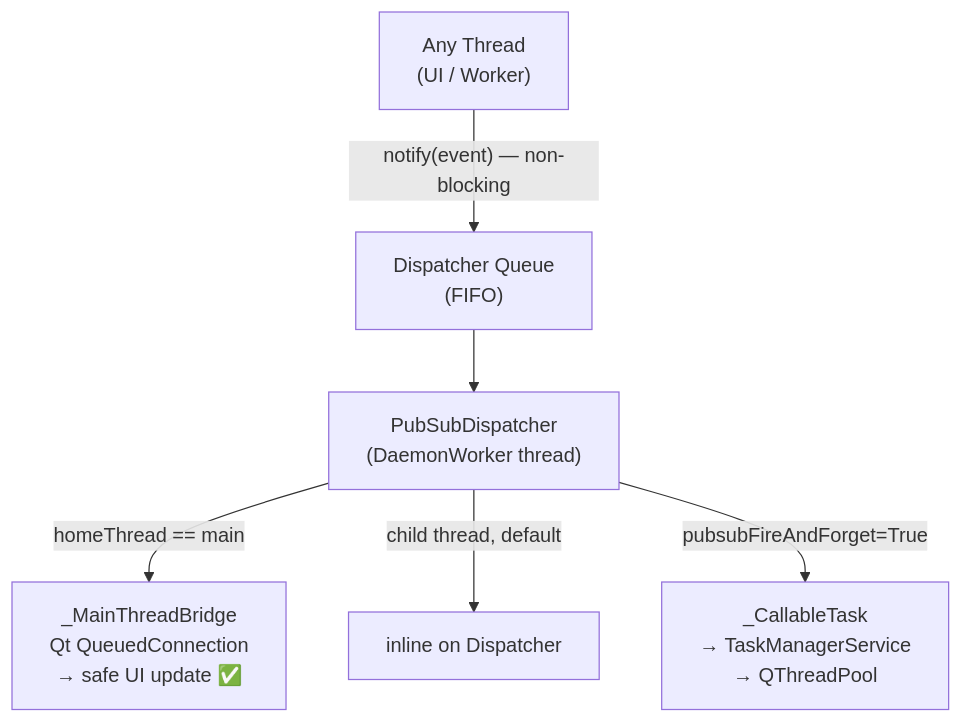
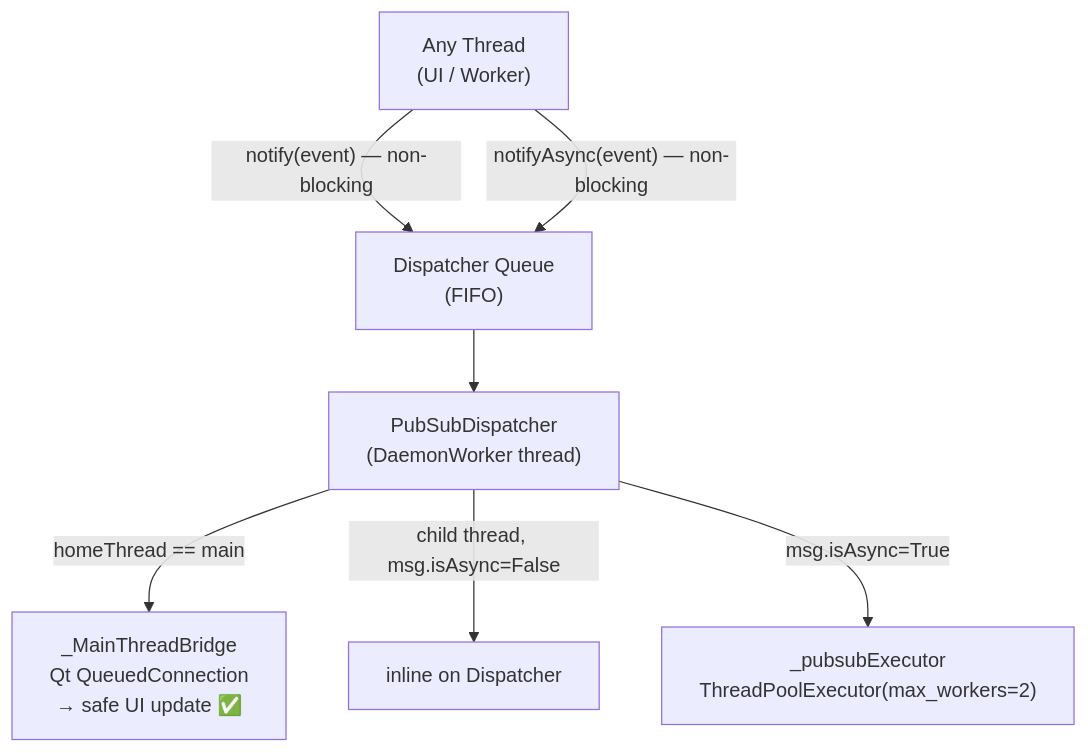
The diagram in docs/core-refs/03-observer-pattern.md (ultra-bugs/pyside-base), drawn with Mermaid before and after one commit. The commit also changed other lines of this file and 59 other files, not shown here.

````diff
--- a/docs/core-refs/03-observer-pattern.md
+++ b/docs/core-refs/03-observer-pattern.md
@@ -18,8 +19,9 @@
 ```mermaid
 flowchart TD
     A["Any Thread\n(UI / Worker)"] -->|"notify(event) — non-blocking"| Q["Dispatcher Queue\n(FIFO)"]
+    A -->|"notifyAsync(event) — non-blocking"| Q
     Q --> D["PubSubDispatcher\n(DaemonWorker thread)"]
     D -->|homeThread == main| B["_MainThreadBridge\nQt QueuedConnection\n→ safe UI update ✅"]
-    D -->|child thread, default| I["inline on Dispatcher"]
-    D -->|"pubsubFireAndForget=True"| T["_CallableTask\n→ TaskManagerService\n→ QThreadPool"]
+    D -->|"child thread, msg.isAsync=False"| I["inline on Dispatcher"]
+    D -->|"msg.isAsync=True"| T["_pubsubExecutor\nThreadPoolExecutor(max_workers=2)"]
 ```
````
